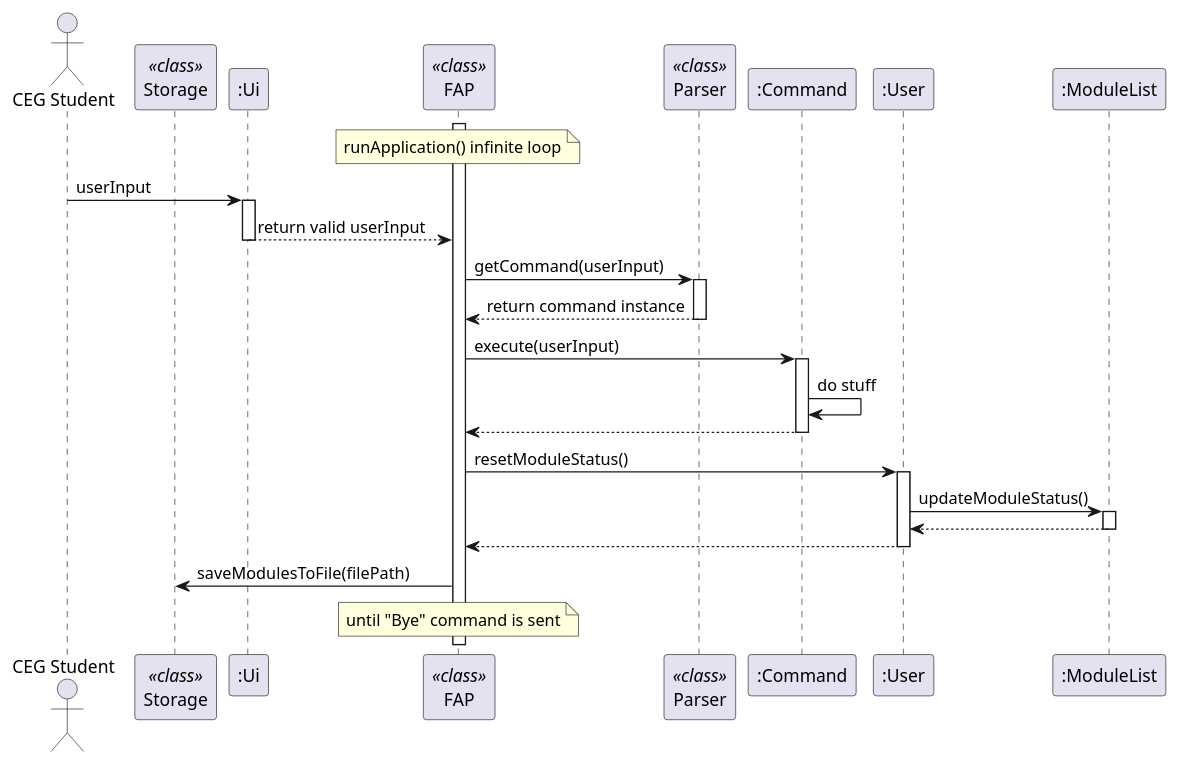
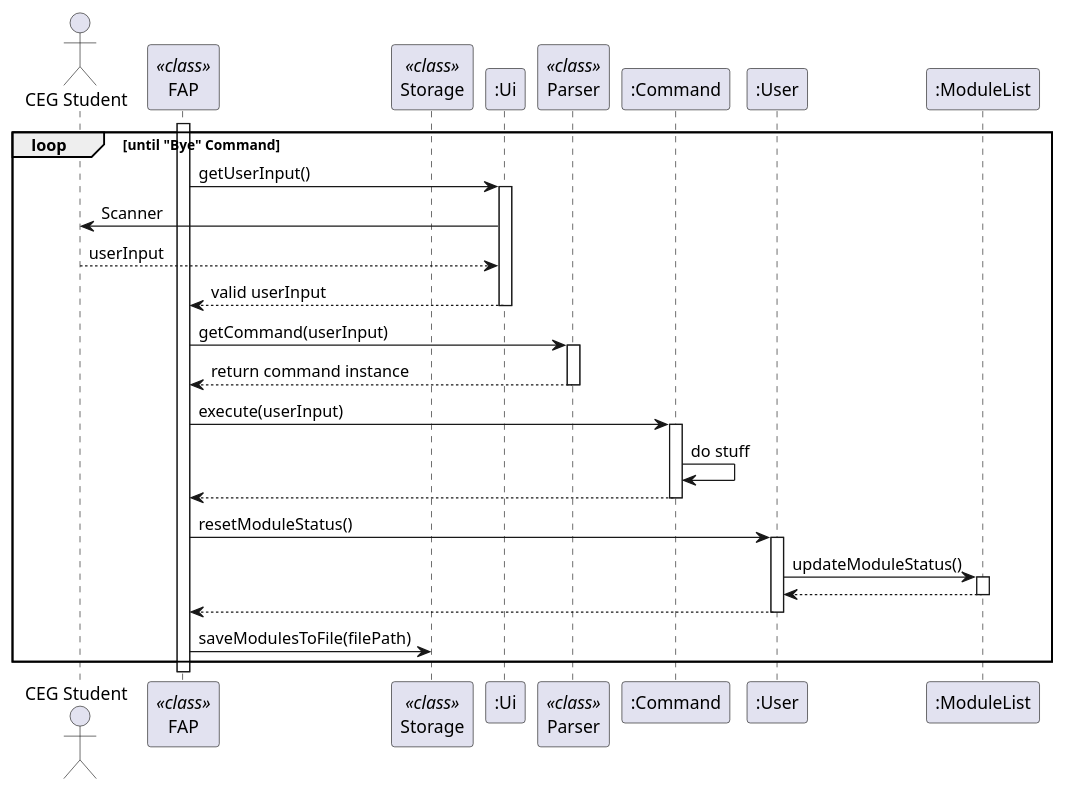
The diagram in docs/diagrams/ArchitectureSequenceDiagram.puml (fungg0/tp), drawn with PlantUML before and after one commit. The commit also changed 11 other files, not shown here.

Commit message:
Modify the png/uml diagrams

```diff
--- a/docs/diagrams/ArchitectureSequenceDiagram.puml
+++ b/docs/diagrams/ArchitectureSequenceDiagram.puml
@@ -1,45 +1,49 @@
 @startuml
 
 actor Student as "CEG Student"
 
+participant FAP as FAP <<class>>
 participant Storage as Storage <<class>>
 participant Ui as ":Ui"
-participant FAP as FAP <<class>>
 participant Parser as Parser <<class>>
 participant Command as ":Command"
 participant User as ":User"
 participant ModuleList as ":ModuleList"
 
 activate FAP
-note over FAP: runApplication() infinite loop
 
-Student -> Ui: userInput
+loop until "Bye" Command
+
+FAP -> Ui: getUserInput()
 activate Ui
-Ui --> FAP: return valid userInput
+
+Ui -> Student: Scanner
+Student --> Ui: userInput
+Ui --> FAP: valid userInput
+
 deactivate Ui
 
 FAP -> Parser: getCommand(userInput)
 activate Parser
 Parser --> FAP: return command instance
 deactivate Parser
 
 FAP -> Command: execute(userInput)
 activate Command
 Command -> Command: do stuff
 Command --> FAP
 deactivate Command
 
 FAP -> User: resetModuleStatus()
 activate User
 User -> ModuleList: updateModuleStatus()
 activate ModuleList
 ModuleList --> User
 deactivate ModuleList
 User --> FAP
 deactivate User
 
 FAP -> Storage: saveModulesToFile(filePath)
-
-note over FAP: until "Bye" command is sent
+end loop
 
 @enduml
```
